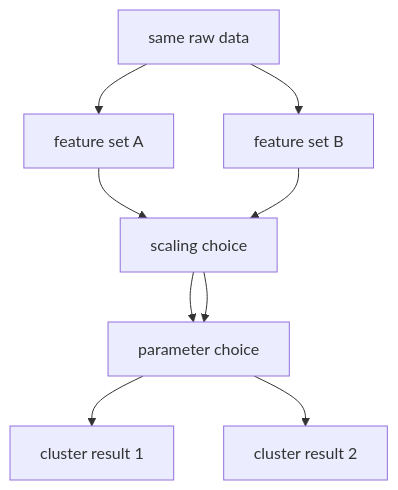
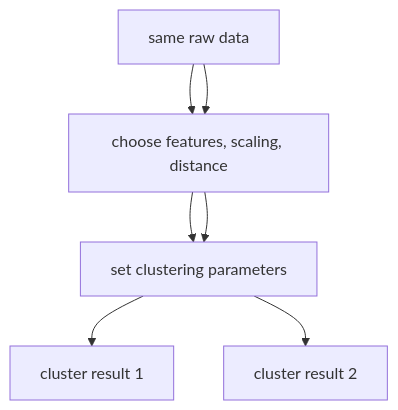
One commit to devchan64/AiBook changed the third of 5 diagrams in docs/parts/part-03/chapter-17/section-02.md. Above: the diagram before and after it, drawn with Mermaid. The commit also changed other lines of this file and 1 other file, not shown here.

Commit message:
docs: reduce redundant clustering diagrams

````diff
--- a/docs/parts/part-03/chapter-17/section-02.md
+++ b/docs/parts/part-03/chapter-17/section-02.md
@@ -129,13 +129,11 @@
 ```mermaid
 flowchart TD
   A["same raw data"]
-  B["feature set A"]
-  C["feature set B"]
-  D["scaling choice"]
-  E["parameter choice"]
-  F["cluster result 1"]
-  G["cluster result 2"]
+  B["choose features, scaling, distance"]
+  C["set clustering parameters"]
+  D["cluster result 1"]
+  E["cluster result 2"]
 
-  A --> B --> D --> E --> F
-  A --> C --> D --> E --> G
+  A --> B --> C --> D
+  A --> B --> C --> E
 ```
````
